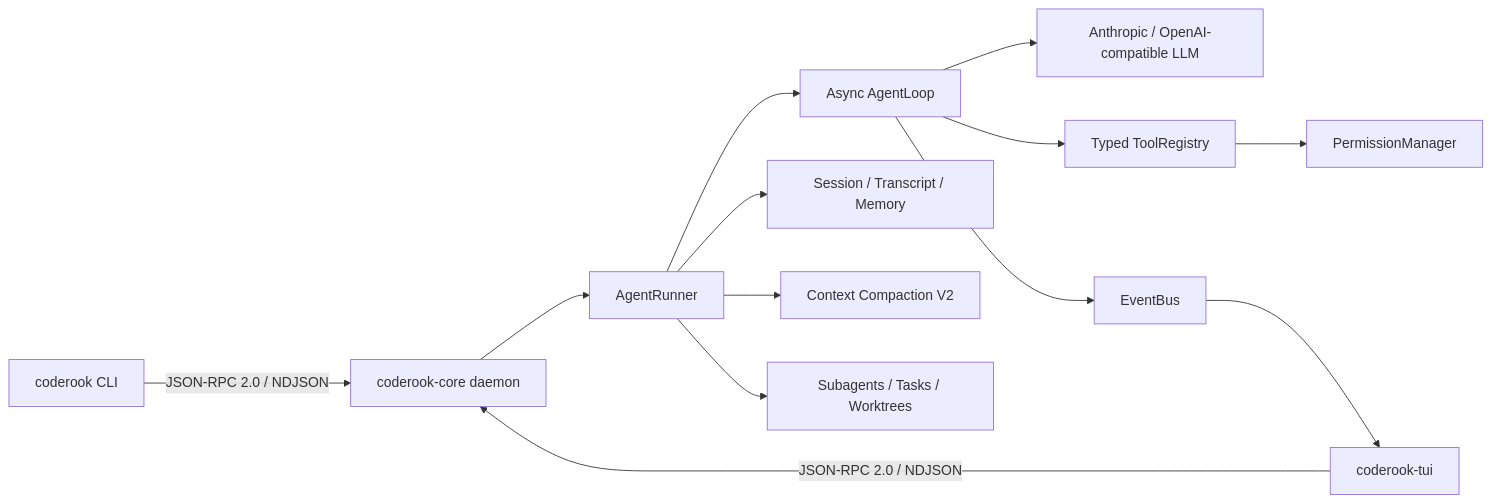
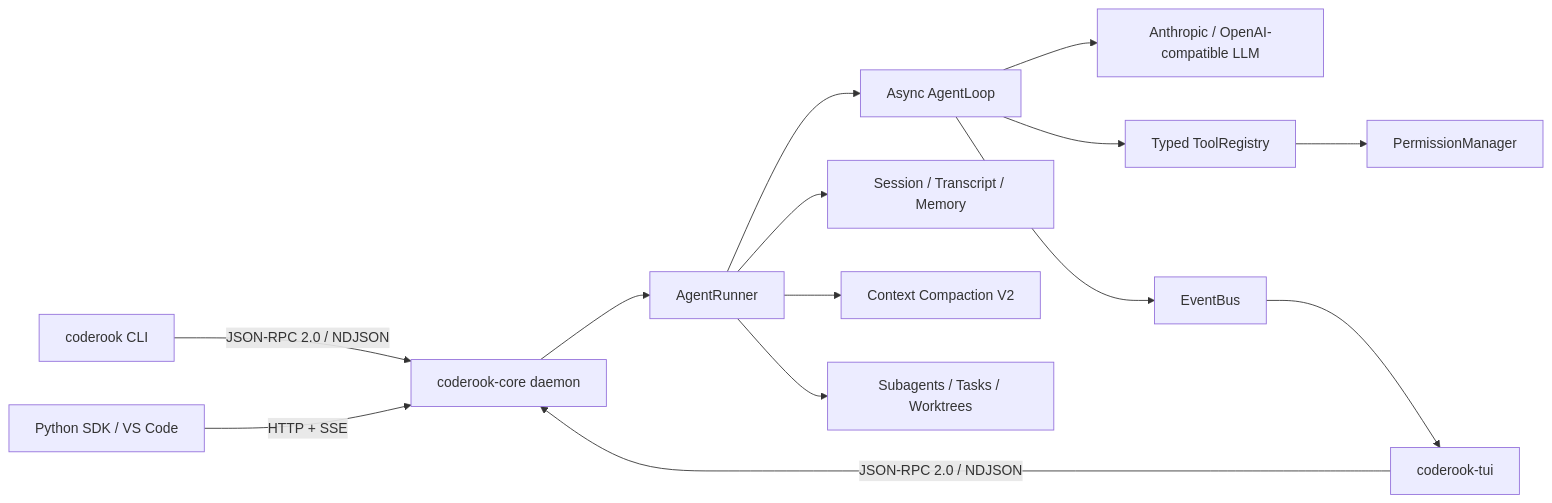
One commit to kyletser/coderook changed the diagram in README.md. Above: the diagram before and after it, drawn with Mermaid. The commit also changed other lines of this file and 285 other files, not shown here.

````diff
--- a/README.md
+++ b/README.md
@@ -11,15 +11,16 @@
 ```mermaid
 flowchart LR
     CLI["coderook CLI"] -->|"JSON-RPC 2.0 / NDJSON"| Core["coderook-core daemon"]
     TUI["coderook-tui"] -->|"JSON-RPC 2.0 / NDJSON"| Core
+    SDK["Python SDK / VS Code"] -->|"HTTP + SSE"| Core
     Core --> Runner["AgentRunner"]
     Runner --> Loop["Async AgentLoop"]
     Loop --> LLM["Anthropic / OpenAI-compatible LLM"]
     Loop --> Tools["Typed ToolRegistry"]
     Tools --> Permission["PermissionManager"]
     Loop --> Events["EventBus"]
     Events --> TUI
     Runner --> Session["Session / Transcript / Memory"]
     Runner --> Compact["Context Compaction V2"]
     Runner --> Agents["Subagents / Tasks / Worktrees"]
 ```
````
